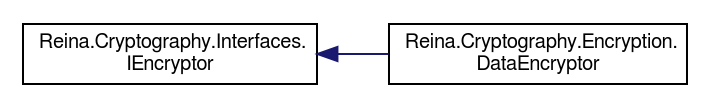
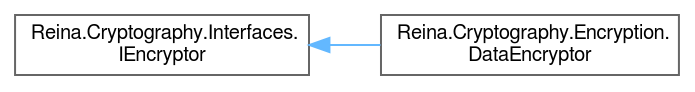
Before and after one commit to fkitsantas/Reina.Cryptography: the diagram in inherit_graph_2.dot, drawn with Graphviz. The commit also changed 225 other files, not shown here.

```diff
--- a/inherit_graph_2.dot
+++ b/inherit_graph_2.dot
@@ -1,10 +1,11 @@
 digraph "Graphical Class Hierarchy"
 {
  // LATEX_PDF_SIZE
-  edge [fontname="FreeSans",fontsize="10",labelfontname="FreeSans",labelfontsize="10"];
-  node [fontname="FreeSans",fontsize="10",shape=record];
+  bgcolor="transparent";
+  edge [fontname=FreeSans,fontsize=10,labelfontname=FreeSans,labelfontsize=10];
+  node [fontname=FreeSans,fontsize=10,shape=box,height=0.2,width=0.4];
   rankdir="LR";
-  Node0 [label="Reina.Cryptography.Interfaces.\lIEncryptor",height=0.2,width=0.4,color="black", fillcolor="white", style="filled",URL="$interface_reina_1_1_cryptography_1_1_interfaces_1_1_i_encryptor.html",tooltip="Defines the contract for the DataEncryptor class that implements data encryption."];
-  Node0 -> Node1 [dir="back",color="midnightblue",fontsize="10",style="solid",fontname="FreeSans"];
-  Node1 [label="Reina.Cryptography.Encryption.\lDataEncryptor",height=0.2,width=0.4,color="black", fillcolor="white", style="filled",URL="$class_reina_1_1_cryptography_1_1_encryption_1_1_data_encryptor.html",tooltip="Implements encryption operations using a cascading triple-layered technique with Twofish,..."];
+  Node0 [id="Node000000",label="Reina.Cryptography.Interfaces.\lIEncryptor",height=0.2,width=0.4,color="grey40", fillcolor="white", style="filled",URL="$interface_reina_1_1_cryptography_1_1_interfaces_1_1_i_encryptor.html",tooltip="Defines the contract for the DataEncryptor class that implements data encryption."];
+  Node0 -> Node1 [id="edge3_Node000000_Node000001",dir="back",color="steelblue1",style="solid",tooltip=" "];
+  Node1 [id="Node000001",label="Reina.Cryptography.Encryption.\lDataEncryptor",height=0.2,width=0.4,color="grey40", fillcolor="white", style="filled",URL="$class_reina_1_1_cryptography_1_1_encryption_1_1_data_encryptor.html",tooltip="Implements encryption operations using a cascading triple-layered technique with Twofish,..."];
 }
```
